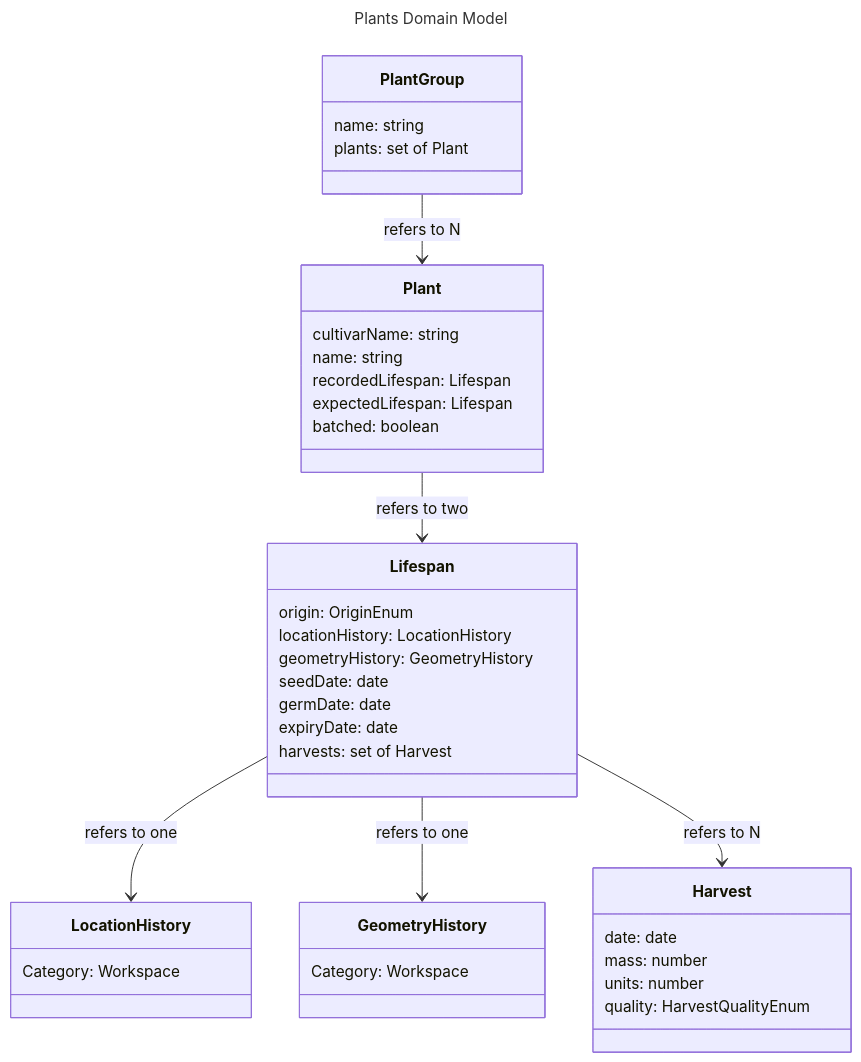
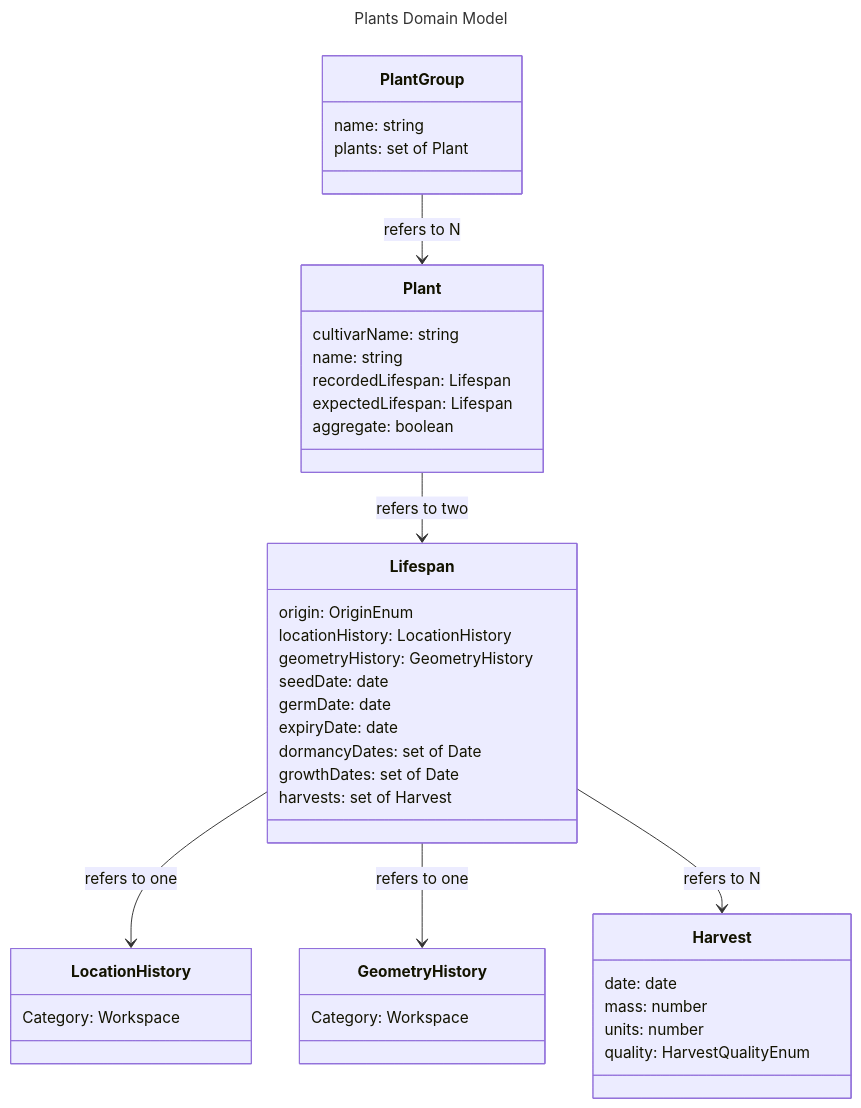
The diagram in docs/plants/models.md (Verdagraph/Webapp), drawn with Mermaid before and after one commit. The commit also changed other lines of this file and 26 other files, not shown here.

First line of the commit message:
Cultivars, Environments, and Plants schemas (#71)

````diff
--- a/docs/plants/models.md
+++ b/docs/plants/models.md
@@ -7,45 +7,47 @@
 ```mermaid
 ---
 title: Plants Domain Model
 ---
 classDiagram
 
     Lifespan --> LocationHistory : refers to one
     Lifespan --> GeometryHistory : refers to one
     Lifespan --> Harvest : refers to N
     Plant --> Lifespan : refers to two
     PlantGroup --> Plant : refers to N
 
     class Lifespan{
         origin: OriginEnum
         locationHistory: LocationHistory
         geometryHistory: GeometryHistory
         seedDate: date
         germDate: date
         expiryDate: date
+        dormancyDates: set of Date
+        growthDates: set of Date
         harvests: set of Harvest
     }
     class Harvest {
         date: date
         mass: number
         units: number
         quality: HarvestQualityEnum
     }
     class Plant {
         cultivarName: string
         name: string
         recordedLifespan: Lifespan
         expectedLifespan: Lifespan
-        batched: boolean
+        aggregate: boolean
     }
     class PlantGroup {
         name: string
         plants: set of Plant
     }
     class LocationHistory {
         Category: Workspace
     }
     class GeometryHistory {
         Category: Workspace
     }
 ```
````
